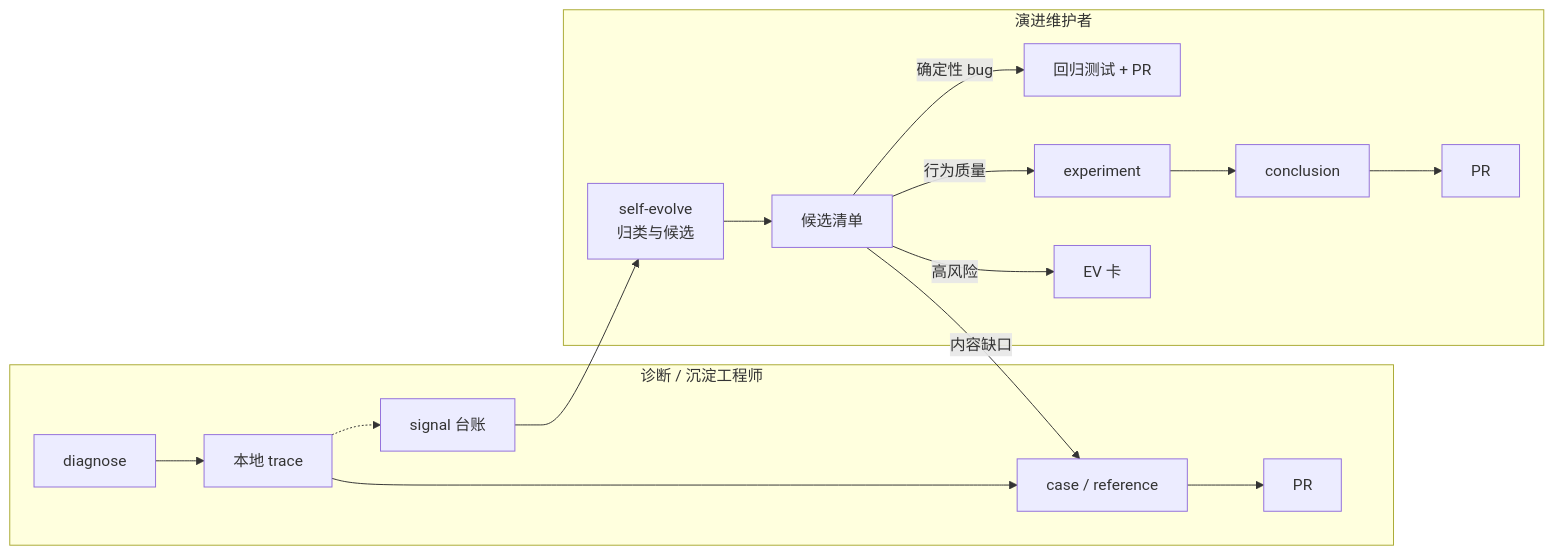
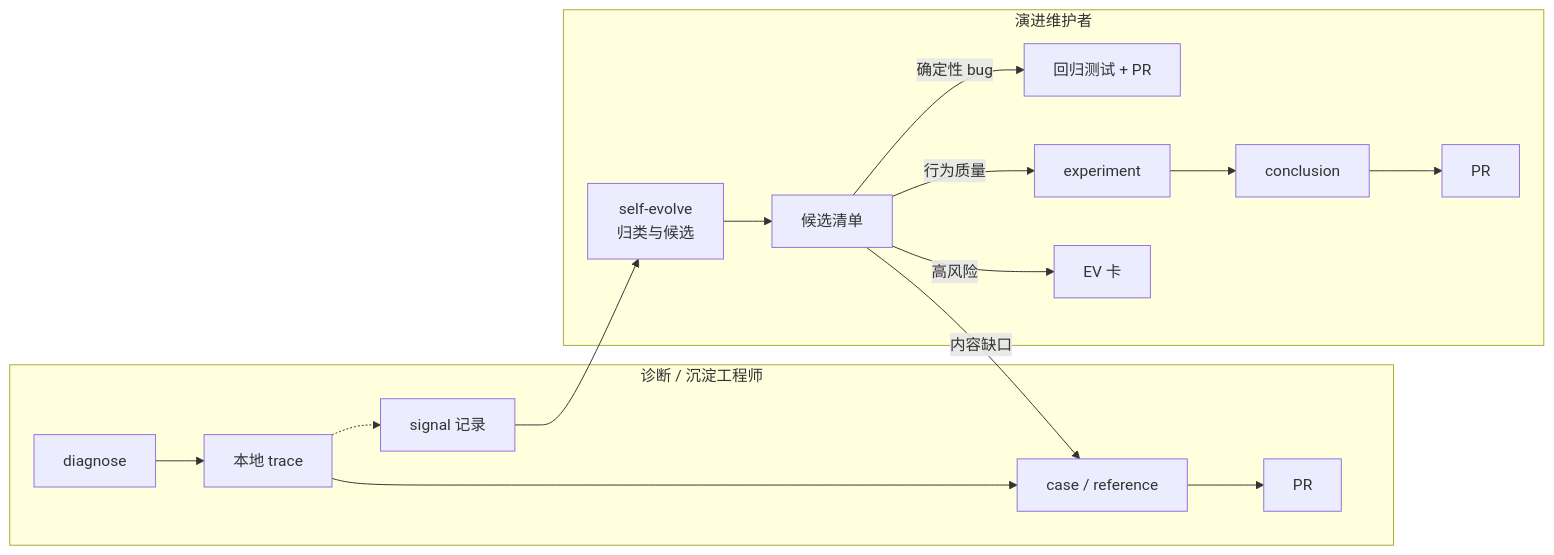
One commit to pillumina/ascend-sleuth changed the second of 2 diagrams in docs/mechanism/rsi-mechanism.md. Above: the diagram before and after it, drawn with Mermaid. The commit also changed 62 other files, not shown here.

````diff
--- a/docs/mechanism/rsi-mechanism.md
+++ b/docs/mechanism/rsi-mechanism.md
@@ -92,19 +92,19 @@
 ```mermaid
 flowchart LR
   subgraph E[诊断 / 沉淀工程师]
     D[diagnose] --> T[本地 trace]
     T --> C[case / reference]
     C --> P1[PR]
-    T -.-> S[signal 台账]
+    T -.-> S[signal 记录]
   end
   subgraph M[演进维护者]
     S --> SE[self-evolve<br/>归类与候选]
     SE --> L[候选清单]
     L -->|内容缺口| C
     L -->|确定性 bug| F[回归测试 + PR]
     L -->|行为质量| X[experiment]
     X --> J[conclusion]
     J --> P2[PR]
     L -->|高风险| K[EV 卡]
   end
 ```
````
